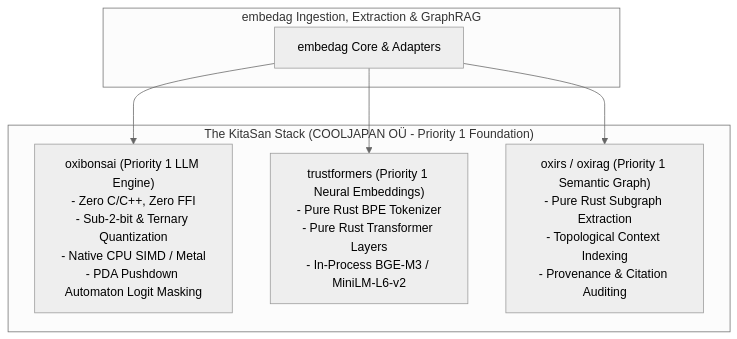
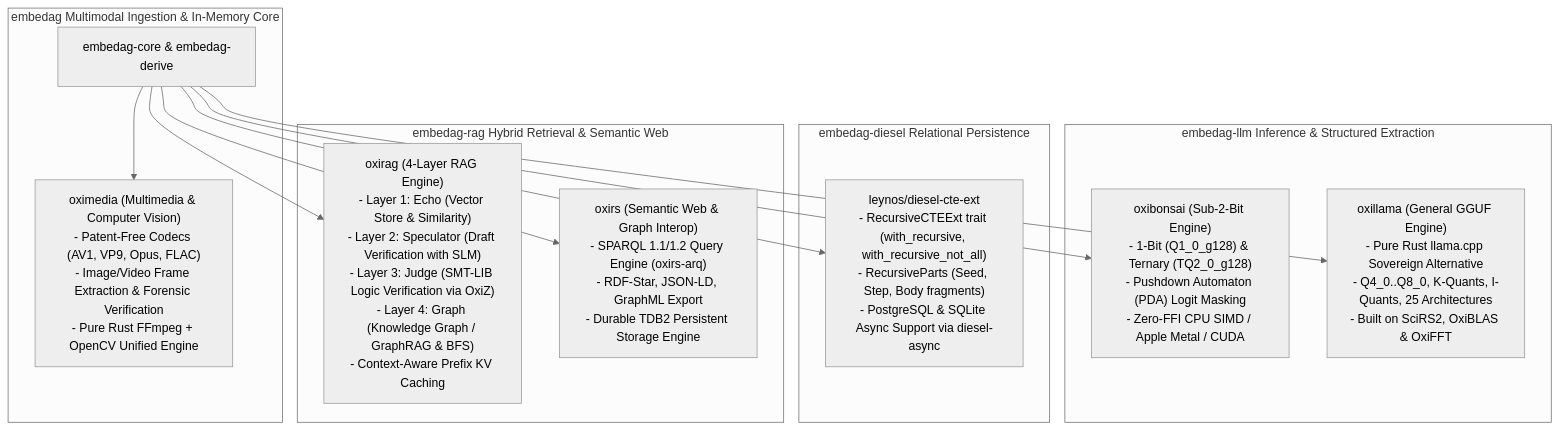
One commit to yasuomaidana/embedag changed the diagram in doc/19_External_Ecosystem_and_KitaSan_Stack.md. Above: the diagram before and after it, drawn with Mermaid (neutral theme). The commit also changed other lines of this file and 12 other files, not shown here.

Commit message:
feat: enhance documentation for extraction schemas and retrieval architecture

````diff
--- a/doc/19_External_Ecosystem_and_KitaSan_Stack.md
+++ b/doc/19_External_Ecosystem_and_KitaSan_Stack.md
@@ -23,16 +28,28 @@
 ```mermaid
 flowchart TD
-    subgraph IngestionRAG ["embedag Ingestion, Extraction & GraphRAG"]
-        Core["embedag Core & Adapters"]
+    subgraph IngestionMultimodal ["embedag Multimodal Ingestion & In-Memory Core"]
+        Core["embedag-core & embedag-derive"]
+        OxiMedia["oximedia (Multimedia & Computer Vision)<br/>- Patent-Free Codecs (AV1, VP9, Opus, FLAC)<br/>- Image/Video Frame Extraction & Forensic Verification<br/>- Pure Rust FFmpeg + OpenCV Unified Engine"]
     end
 
-    subgraph KitaSan ["The KitaSan Stack (COOLJAPAN OÜ - Priority 1 Foundation)"]
-        Oxi["oxibonsai (Priority 1 LLM Engine)<br/>- Zero C/C++, Zero FFI<br/>- Sub-2-bit & Ternary Quantization<br/>- Native CPU SIMD / Metal<br/>- PDA Pushdown Automaton Logit Masking"]
-        Trust["trustformers (Priority 1 Neural Embeddings)<br/>- Pure Rust BPE Tokenizer<br/>- Pure Rust Transformer Layers<br/>- In-Process BGE-M3 / MiniLM-L6-v2"]
-        Oxirs["oxirs / oxirag (Priority 1 Semantic Graph)<br/>- Pure Rust Subgraph Extraction<br/>- Topological Context Indexing<br/>- Provenance & Citation Auditing"]
+    subgraph LLMExecution ["embedag-llm Inference & Structured Extraction"]
+        OxiBonsai["oxibonsai (Sub-2-Bit Engine)<br/>- 1-Bit (Q1_0_g128) & Ternary (TQ2_0_g128)<br/>- Pushdown Automaton (PDA) Logit Masking<br/>- Zero-FFI CPU SIMD / Apple Metal / CUDA"]
+        OxiLLaMA["oxillama (General GGUF Engine)<br/>- Pure Rust llama.cpp Sovereign Alternative<br/>- Q4_0..Q8_0, K-Quants, I-Quants, 25 Architectures<br/>- Built on SciRS2, OxiBLAS & OxiFFT"]
     end
 
-    Core --> Oxi
-    Core --> Trust
-    Core --> Oxirs
+    subgraph RelationalCTE ["embedag-diesel Relational Persistence"]
+        DieselCTE["leynos/diesel-cte-ext<br/>- RecursiveCTEExt trait (with_recursive, with_recursive_not_all)<br/>- RecursiveParts (Seed, Step, Body fragments)<br/>- PostgreSQL & SQLite Async Support via diesel-async"]
+    end
+
+    subgraph GraphRAGSemantic ["embedag-rag Hybrid Retrieval & Semantic Web"]
+        OxiRAG["oxirag (4-Layer RAG Engine)<br/>- Layer 1: Echo (Vector Store & Similarity)<br/>- Layer 2: Speculator (Draft Verification with SLM)<br/>- Layer 3: Judge (SMT-LIB Logic Verification via OxiZ)<br/>- Layer 4: Graph (Knowledge Graph / GraphRAG & BFS)<br/>- Context-Aware Prefix KV Caching"]
+        OxiRS["oxirs (Semantic Web & Graph Interop)<br/>- SPARQL 1.1/1.2 Query Engine (oxirs-arq)<br/>- RDF-Star, JSON-LD, GraphML Export<br/>- Durable TDB2 Persistent Storage Engine"]
+    end
+
+    Core --> OxiMedia
+    Core --> OxiRS
+    Core --> OxiBonsai
+    Core --> OxiLLaMA
+    Core --> DieselCTE
+    Core --> OxiRAG
 ```
````
